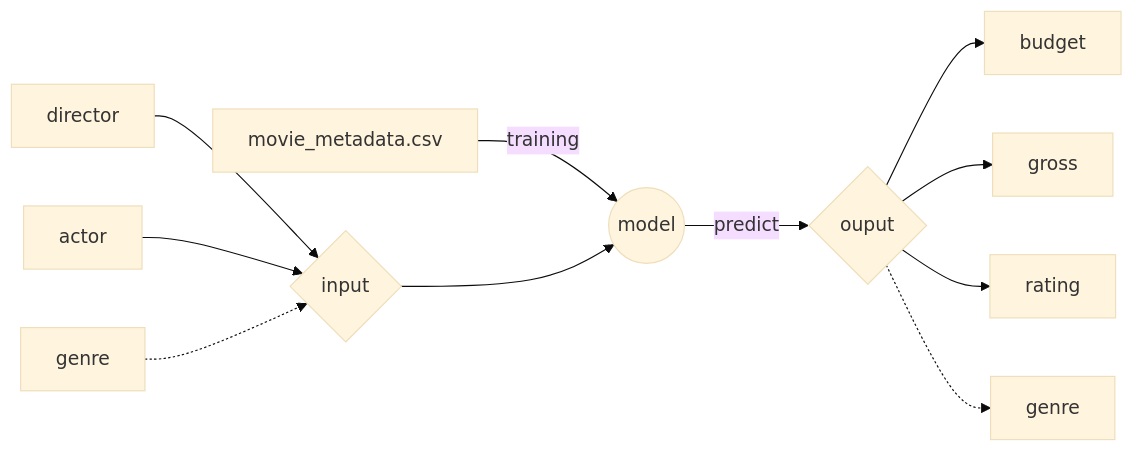
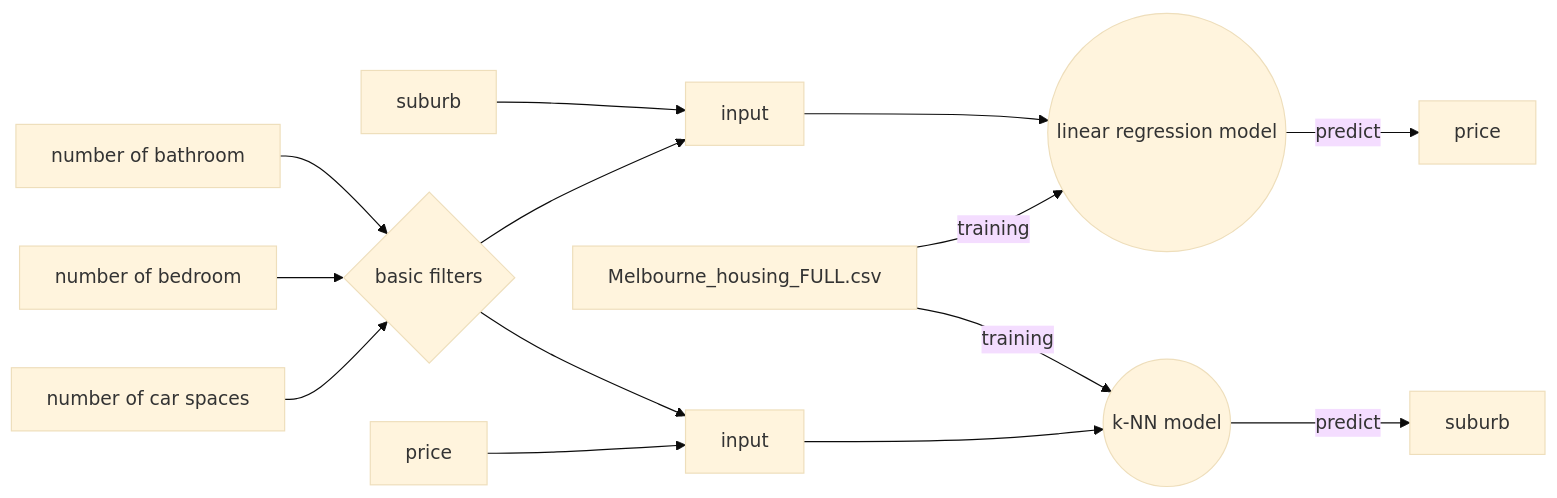
The diagram in README.md (seannguyn/9321_asg2), drawn with Mermaid (base theme) before and after one commit. The commit also changed other lines of this file, not shown here.

Commit message:
modify topic from movie to property

````diff
--- a/README.md
+++ b/README.md
@@ -148,14 +156,17 @@
 ```mermaid
 graph LR;
-    00[movie_metadata.csv]-->|training|01((model))
-    10{input}
-    11[director]-->10
-    12[actor]-->10
-    13[genre].->10
-    10-->01
-    01-->|predict|20{ouput}
-    20-->21[budget]
-    20-->22[gross]
-    20-->23[rating]
-    20.->24[genre]
+    00-->|training|02((k-NN model))
+    10{basic filters}
+    11[number of bathroom]-->10
+    12[number of bedroom]-->10
+    13[number of car spaces]-->10
+    14[suburb]-->15[input]
+    10-->15
+    10-->17[input]
+    16[price]-->17
+    15-->01
+    00[Melbourne_housing_FULL.csv]-->|training|01((linear regression model))
+    01-->|predict|20[price]
+    17-->02
+    02-->|predict|21[suburb]
 ```
````
